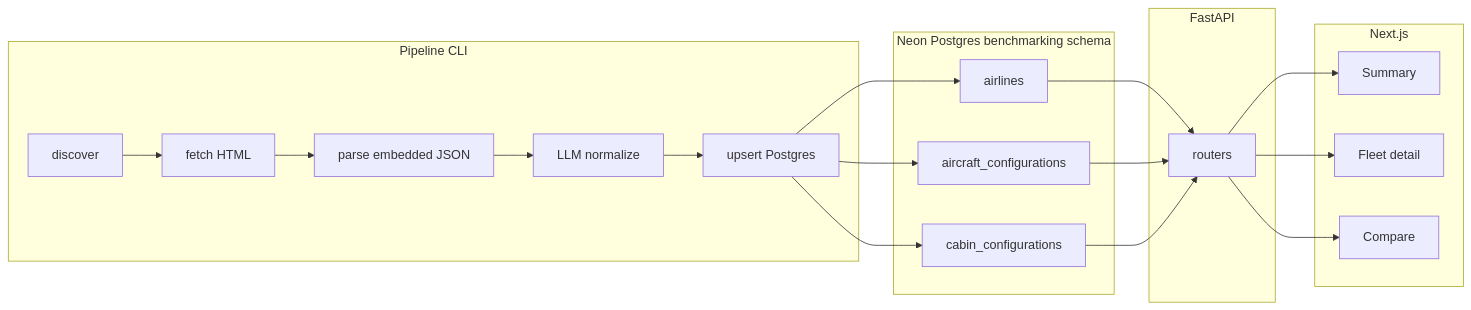
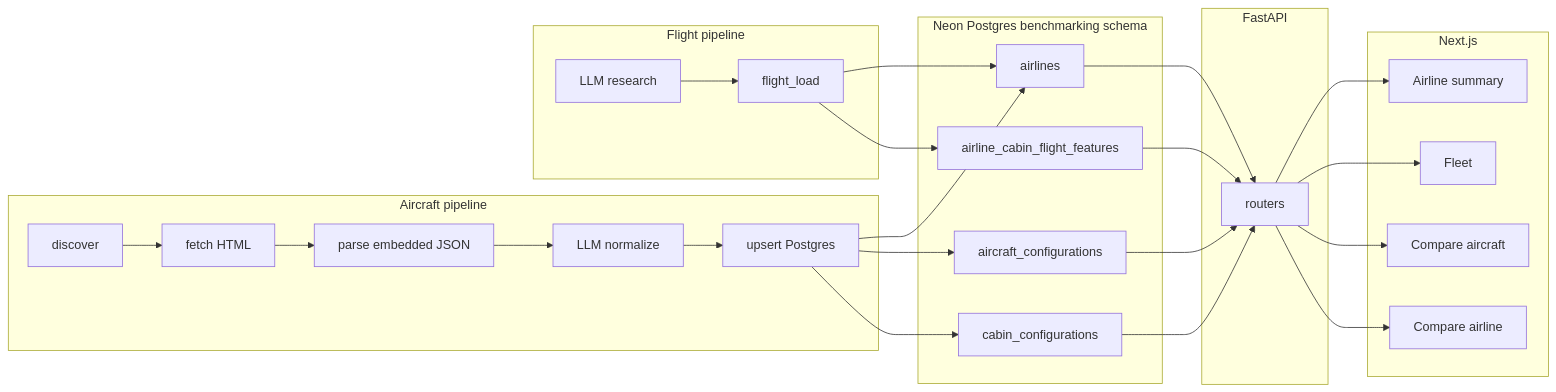
Before and after one commit to ongsterr/airline-benchmarking: the first of 2 diagrams in docs/architecture.md, drawn with Mermaid. The commit also changed other lines of this file, not shown here.

Commit message:
docs: update architecture docs with phase 2 updates

````diff
--- a/docs/architecture.md
+++ b/docs/architecture.md
@@ -79,25 +88,31 @@
 ```mermaid
 flowchart LR
-    subgraph pipeline [Pipeline CLI]
+    subgraph pipelineA [Aircraft pipeline]
         D[discover] --> F[fetch HTML]
         F --> P[parse embedded JSON]
         P --> N[LLM normalize]
         N --> L[upsert Postgres]
     end
+    subgraph pipelineF [Flight pipeline]
+        R[LLM research] --> LF[flight_load]
+    end
     subgraph storage [Neon Postgres benchmarking schema]
         T1[airlines]
         T2[aircraft_configurations]
         T3[cabin_configurations]
+        T4[airline_cabin_flight_features]
     end
     subgraph serve [FastAPI]
         API[routers]
     end
     subgraph ui [Next.js]
-        V1[Summary]
-        V2[Fleet detail]
-        V3[Compare]
+        V1[Airline summary]
+        V2[Fleet]
+        V3[Compare aircraft]
+        V4[Compare airline]
     end
     L --> T1 & T2 & T3
-    T1 & T2 & T3 --> API
-    API --> V1 & V2 & V3
+    LF --> T1 & T4
+    T1 & T2 & T3 & T4 --> API
+    API --> V1 & V2 & V3 & V4
 ```
````
